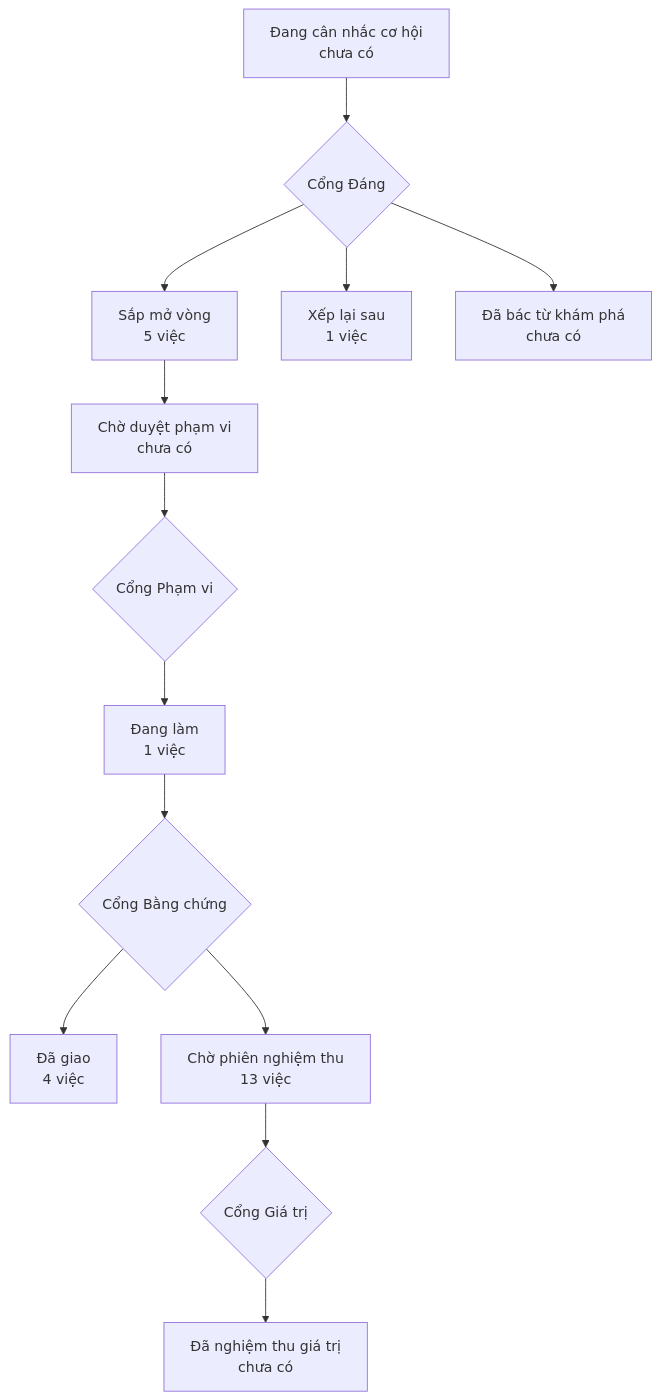
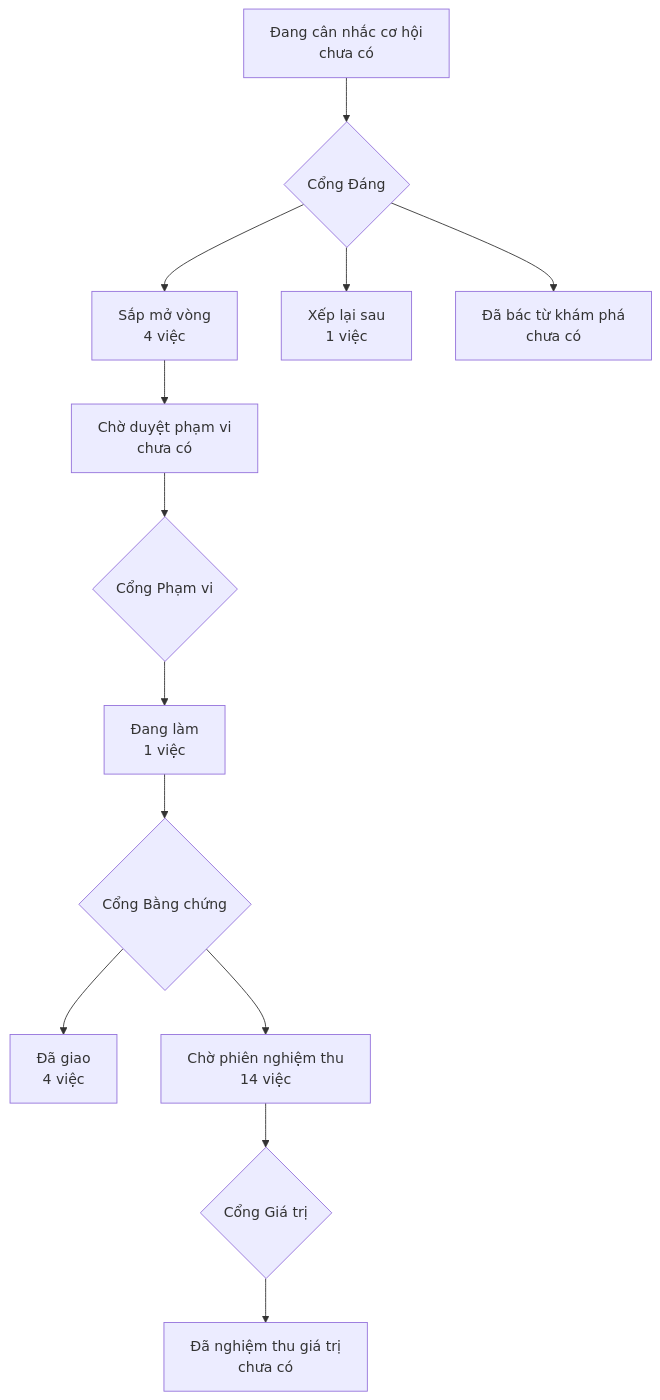
One commit to phanlemanh/onehub-quy-hang changed the diagram in PRODUCT-MAP.md. Above: the diagram before and after it, drawn with Mermaid. The commit also changed 1 other file, not shown here.

Commit message:
chore: vẽ lại bản đồ sản phẩm và trang lộ trình sau gộp main

````diff
--- a/PRODUCT-MAP.md
+++ b/PRODUCT-MAP.md
@@ -7,12 +7,12 @@
 ```mermaid
 flowchart TD
   A["Đang cân nhắc cơ hội<br/>chưa có"] --> GD{"Cổng Đáng"}
-  GD --> B["Sắp mở vòng<br/>5 việc"]
+  GD --> B["Sắp mở vòng<br/>4 việc"]
   GD --> XL["Xếp lại sau<br/>1 việc"]
   GD --> DB["Đã bác từ khám phá<br/>chưa có"]
   B --> CD["Chờ duyệt phạm vi<br/>chưa có"] --> GP{"Cổng Phạm vi"}
   GP --> DL["Đang làm<br/>1 việc"] --> GB{"Cổng Bằng chứng"}
   GB --> DG["Đã giao<br/>4 việc"]
-  GB --> CN["Chờ phiên nghiệm thu<br/>13 việc"] --> GG{"Cổng Giá trị"}
+  GB --> CN["Chờ phiên nghiệm thu<br/>14 việc"] --> GG{"Cổng Giá trị"}
   GG --> NT["Đã nghiệm thu giá trị<br/>chưa có"]
 ```
````
